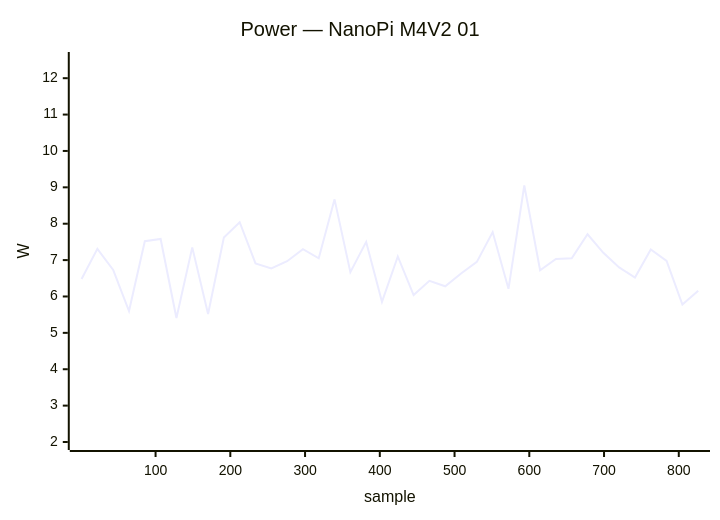
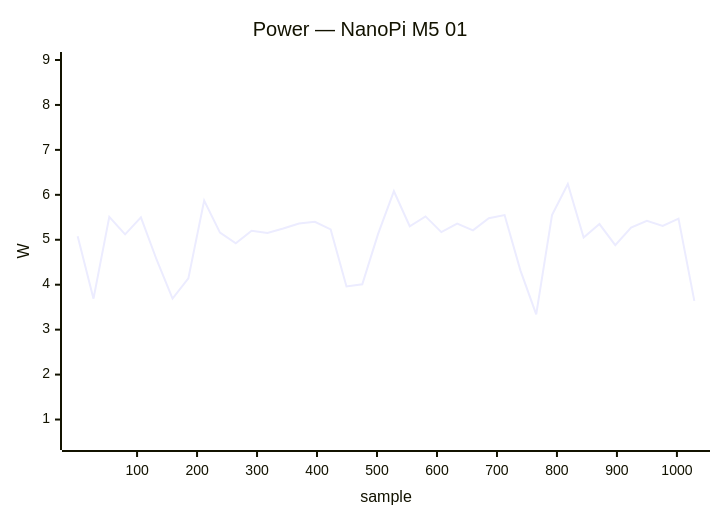
Diagram 17 of 34 in docs/status/board-tests.md (armbian/documentation), drawn with Mermaid before and after one commit. The commit also changed other lines of this file, not shown here.

````diff
--- a/docs/status/board-tests.md
+++ b/docs/status/board-tests.md
@@ -889,7 +941,7 @@
 ```mermaid
 xychart-beta
-    title "Power — NanoPi M4V2 01"
-    x-axis "sample" 1 --> 826
-    y-axis "W" 2.0 --> 12.5
-    line [6.48, 7.31, 6.73, 5.60, 7.52, 7.58, 5.41, 7.35, 5.52, 7.62, 8.04, 6.91, 6.77, 6.97, 7.30, 7.05, 8.67, 6.67, 7.50, 5.85, 7.10, 6.04, 6.43, 6.28, 6.63, 6.95, 7.77, 6.21, 9.05, 6.72, 7.03, 7.05, 7.71, 7.20, 6.80, 6.52, 7.29, 6.98, 5.78, 6.16]
+    title "Power — NanoPi M5 01"
+    x-axis "sample" 1 --> 1029
+    y-axis "W" 0.5 --> 9.0
+    line [5.08, 3.69, 5.51, 5.12, 5.50, 4.55, 3.69, 4.14, 5.87, 5.16, 4.92, 5.20, 5.15, 5.25, 5.36, 5.40, 5.23, 3.96, 4.01, 5.13, 6.08, 5.30, 5.52, 5.17, 5.36, 5.21, 5.48, 5.55, 4.32, 3.34, 5.55, 6.24, 5.05, 5.35, 4.88, 5.27, 5.42, 5.31, 5.47, 3.64]
 ```
````
